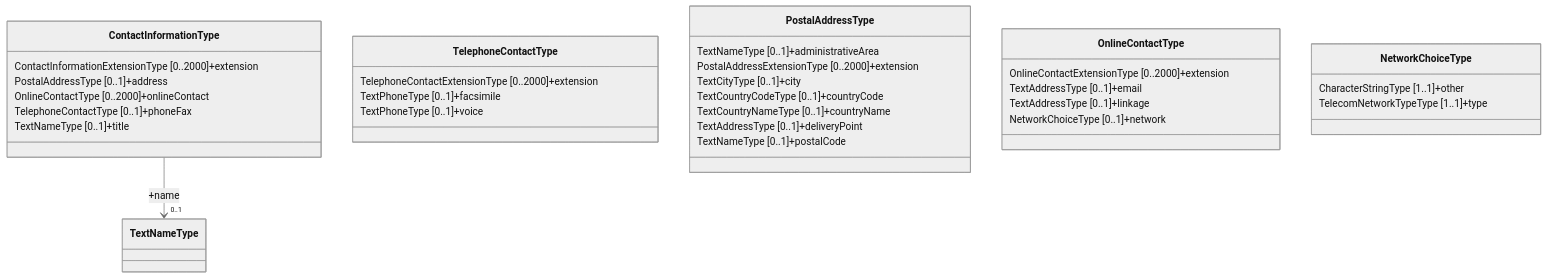
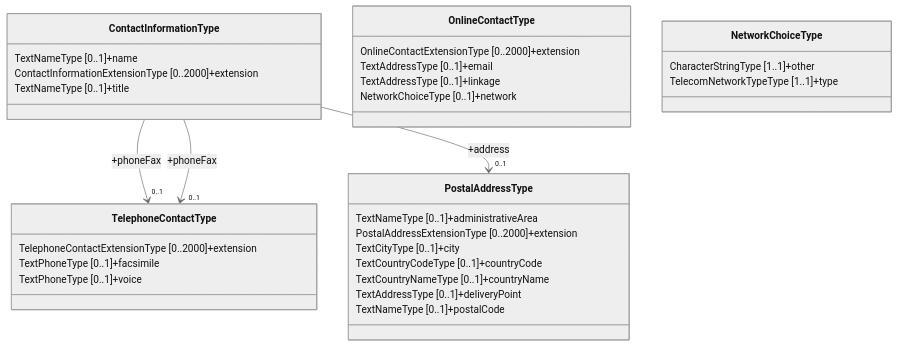
The second of 2 diagrams in docs/fixm/FIXM_UML_in_mermaid.md (du-lapin/test_docsify), drawn with Mermaid (neutral theme) before and after one commit. The commit also changed other lines of this file, not shown here.

````diff
--- a/docs/fixm/FIXM_UML_in_mermaid.md
+++ b/docs/fixm/FIXM_UML_in_mermaid.md
@@ -16,31 +16,33 @@
 ```mermaid
 classDiagram
 class ContactInformationType
-%% ContactInformationType : TextNameType [0..1]+name
+ContactInformationType : TextNameType [0..1]+name
 ContactInformationType : ContactInformationExtensionType [0..2000]+extension
-ContactInformationType : PostalAddressType [0..1]+address
-ContactInformationType : OnlineContactType [0..2000]+onlineContact
-ContactInformationType : TelephoneContactType [0..1]+phoneFax
+%% ContactInformationType : PostalAddressType [0..1]+address
+%% ContactInformationType : OnlineContactType [0..2000]+onlineContact
+%% ContactInformationType : TelephoneContactType [0..1]+phoneFax
 ContactInformationType : TextNameType [0..1]+title
 class TelephoneContactType
 TelephoneContactType : TelephoneContactExtensionType [0..2000]+extension
 TelephoneContactType : TextPhoneType [0..1]+facsimile
 TelephoneContactType : TextPhoneType [0..1]+voice
 class PostalAddressType
 PostalAddressType : TextNameType [0..1]+administrativeArea
 PostalAddressType : PostalAddressExtensionType [0..2000]+extension
 PostalAddressType : TextCityType [0..1]+city
 PostalAddressType : TextCountryCodeType [0..1]+countryCode
 PostalAddressType : TextCountryNameType [0..1]+countryName
 PostalAddressType : TextAddressType [0..1]+deliveryPoint
 PostalAddressType : TextNameType [0..1]+postalCode
 class OnlineContactType
 OnlineContactType : OnlineContactExtensionType [0..2000]+extension
 OnlineContactType : TextAddressType [0..1]+email
 OnlineContactType : TextAddressType [0..1]+linkage
 OnlineContactType : NetworkChoiceType [0..1]+network
 class NetworkChoiceType
 NetworkChoiceType : CharacterStringType [1..1]+other
 NetworkChoiceType : TelecomNetworkTypeType [1..1]+type
-ContactInformationType --> "0..1" TextNameType : +name
+ContactInformationType --> "0..1" TelephoneContactType : +phoneFax
+ContactInformationType --> "0..1" PostalAddressType : +address
+ContactInformationType --> "0..1" TelephoneContactType : +phoneFax
 ```
````
